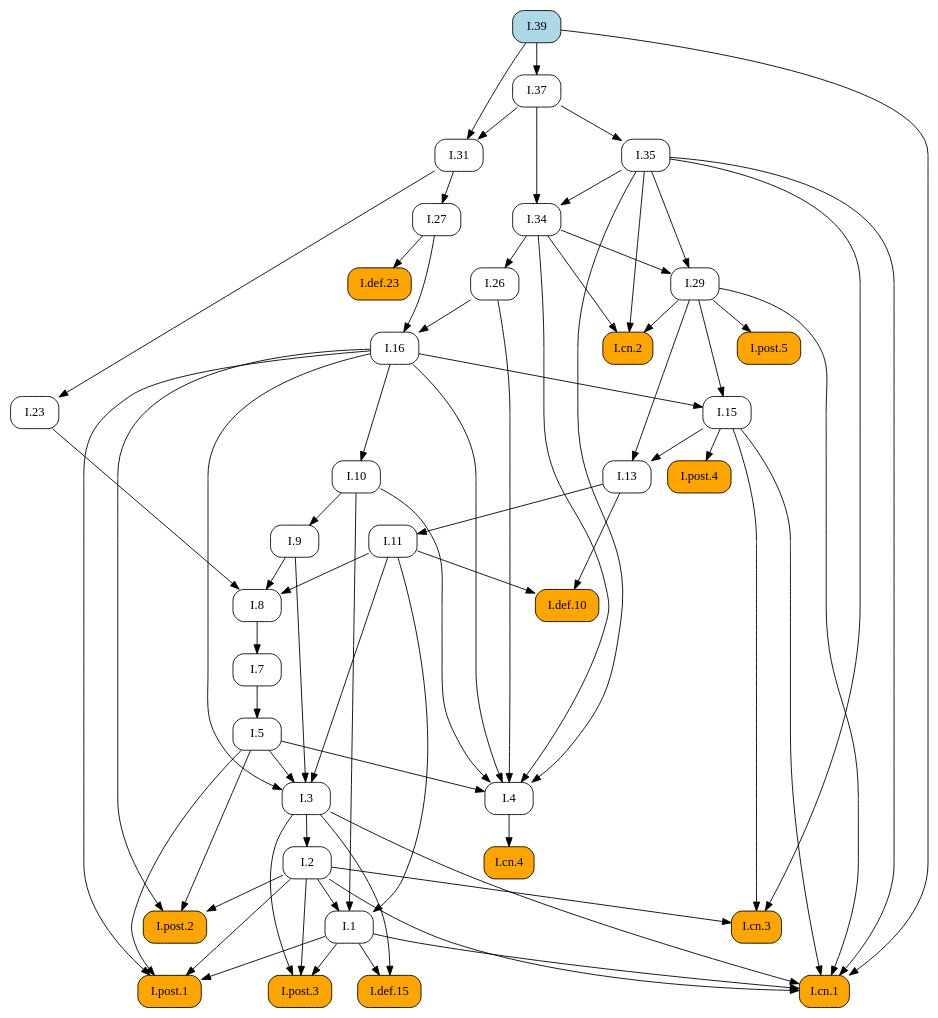
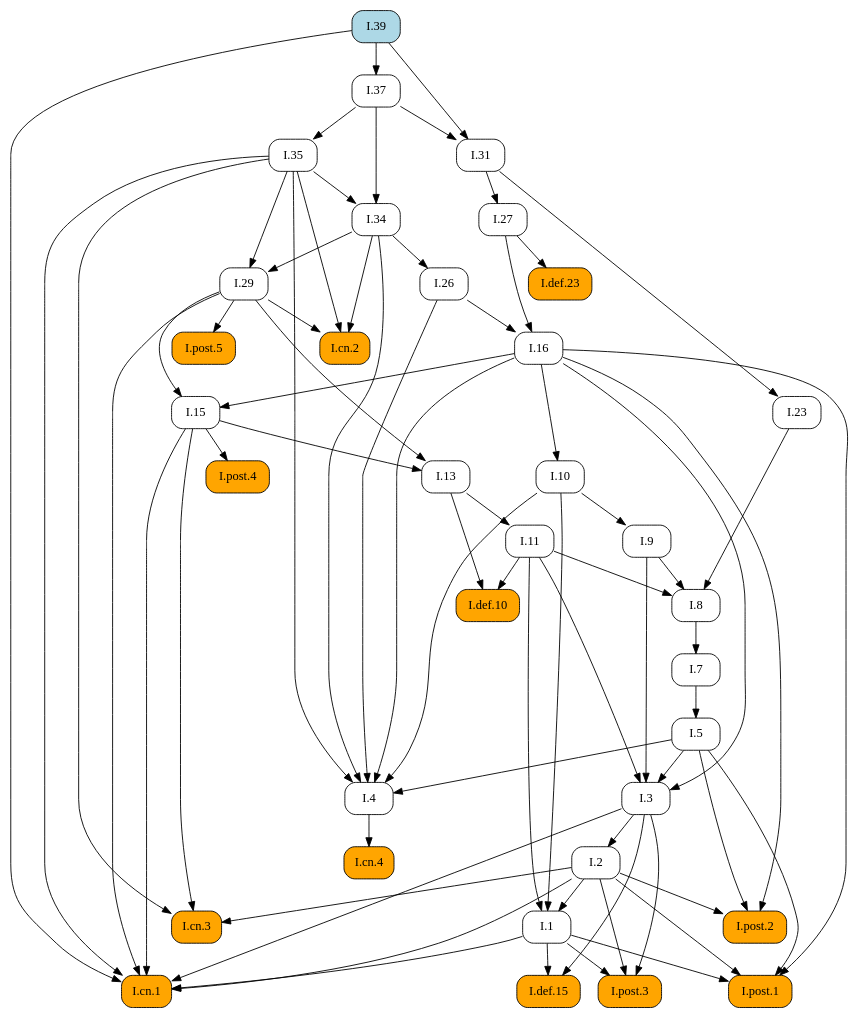
One commit to geometor/elements changed the diagram in docsrc/heath/I/39/index.rst. Above: the diagram before and after it, drawn with Graphviz. The commit also changed other lines of this file and 1029 other files, not shown here.

```diff
--- a/docsrc/heath/I/39/index.rst
+++ b/docsrc/heath/I/39/index.rst
@@ -65,102 +65,58 @@
    digraph {
      rankdir="TB";
      node [shape=box, style=rounded];
+     "I.def.10" [style="rounded,filled", fillcolor=orange, URL="/heath/I/def.10/", target="_top"];
+     "I.11" [URL="/heath/I/11/", target="_top"];
+     "I.post.4" [style="rounded,filled", fillcolor=orange, URL="/heath/I/post.4/", target="_top"];
+     "I.1" [URL="/heath/I/1/", target="_top"];
+     "I.39" [style="rounded,filled", fillcolor=lightblue, URL="/heath/I/39/", target="_top"];
+     "I.26" [URL="/heath/I/26/", target="_top"];
+     "I.29" [URL="/heath/I/29/", target="_top"];
+     "I.cn.2" [style="rounded,filled", fillcolor=orange, URL="/heath/I/cn.2/", target="_top"];
+     "I.def.15" [style="rounded,filled", fillcolor=orange, URL="/heath/I/def.15/", target="_top"];
+     "I.post.3" [style="rounded,filled", fillcolor=orange, URL="/heath/I/post.3/", target="_top"];
+     "I.cn.1" [style="rounded,filled", fillcolor=orange, URL="/heath/I/cn.1/", target="_top"];
      "I.cn.3" [style="rounded,filled", fillcolor=orange, URL="/heath/I/cn.3/", target="_top"];
-     "I.29" [URL="/heath/I/29/", target="_top"];
+     "I.23" [URL="/heath/I/23/", target="_top"];
+     "I.post.1" [style="rounded,filled", fillcolor=orange, URL="/heath/I/post.1/", target="_top"];
+     "I.35" [URL="/heath/I/35/", target="_top"];
+     "I.27" [URL="/heath/I/27/", target="_top"];
+     "I.37" [URL="/heath/I/37/", target="_top"];
+     "I.34" [URL="/heath/I/34/", target="_top"];
      "I.7" [URL="/heath/I/7/", target="_top"];
-     "I.27" [URL="/heath/I/27/", target="_top"];
+     "I.3" [URL="/heath/I/3/", target="_top"];
+     "I.2" [URL="/heath/I/2/", target="_top"];
      "I.def.23" [style="rounded,filled", fillcolor=orange, URL="/heath/I/def.23/", target="_top"];
-     "I.34" [URL="/heath/I/34/", target="_top"];
+     "I.4" [URL="/heath/I/4/", target="_top"];
+     "I.13" [URL="/heath/I/13/", target="_top"];
+     "I.31" [URL="/heath/I/31/", target="_top"];
+     "I.post.2" [style="rounded,filled", fillcolor=orange, URL="/heath/I/post.2/", target="_top"];
+     "I.16" [URL="/heath/I/16/", target="_top"];
+     "I.9" [URL="/heath/I/9/", target="_top"];
      "I.8" [URL="/heath/I/8/", target="_top"];
-     "I.9" [URL="/heath/I/9/", target="_top"];
-     "I.post.4" [style="rounded,filled", fillcolor=orange, URL="/heath/I/post.4/", target="_top"];
-     "I.2" [URL="/heath/I/2/", target="_top"];
-     "I.def.15" [style="rounded,filled", fillcolor=orange, URL="/heath/I/def.15/", target="_top"];
-     "I.1" [URL="/heath/I/1/", target="_top"];
-     "I.post.1" [style="rounded,filled", fillcolor=orange, URL="/heath/I/post.1/", target="_top"];
      "I.cn.4" [style="rounded,filled", fillcolor=orange, URL="/heath/I/cn.4/", target="_top"];
-     "I.26" [URL="/heath/I/26/", target="_top"];
-     "I.39" [style="rounded,filled", fillcolor=lightblue, URL="/heath/I/39/", target="_top"];
-     "I.23" [URL="/heath/I/23/", target="_top"];
-     "I.13" [URL="/heath/I/13/", target="_top"];
-     "I.cn.2" [style="rounded,filled", fillcolor=orange, URL="/heath/I/cn.2/", target="_top"];
+     "I.15" [URL="/heath/I/15/", target="_top"];
+     "I.post.5" [style="rounded,filled", fillcolor=orange, URL="/heath/I/post.5/", target="_top"];
+     "I.10" [URL="/heath/I/10/", target="_top"];
      "I.5" [URL="/heath/I/5/", target="_top"];
-     "I.11" [URL="/heath/I/11/", target="_top"];
-     "I.10" [URL="/heath/I/10/", target="_top"];
-     "I.4" [URL="/heath/I/4/", target="_top"];
-     "I.3" [URL="/heath/I/3/", target="_top"];
-     "I.16" [URL="/heath/I/16/", target="_top"];
-     "I.31" [URL="/heath/I/31/", target="_top"];
-     "I.def.10" [style="rounded,filled", fillcolor=orange, URL="/heath/I/def.10/", target="_top"];
-     "I.post.2" [style="rounded,filled", fillcolor=orange, URL="/heath/I/post.2/", target="_top"];
-     "I.post.3" [style="rounded,filled", fillcolor=orange, URL="/heath/I/post.3/", target="_top"];
-     "I.post.5" [style="rounded,filled", fillcolor=orange, URL="/heath/I/post.5/", target="_top"];
-     "I.35" [URL="/heath/I/35/", target="_top"];
-     "I.15" [URL="/heath/I/15/", target="_top"];
-     "I.cn.1" [style="rounded,filled", fillcolor=orange, URL="/heath/I/cn.1/", target="_top"];
-     "I.37" [URL="/heath/I/37/", target="_top"];
-     "I.2" -> "I.cn.3";
-     "I.15" -> "I.cn.3";
-     "I.35" -> "I.cn.3";
-     "I.34" -> "I.29";
-     "I.35" -> "I.29";
-     "I.8" -> "I.7";
-     "I.31" -> "I.27";
-     "I.27" -> "I.def.23";
-     "I.35" -> "I.34";
-     "I.37" -> "I.34";
-     "I.9" -> "I.8";
-     "I.11" -> "I.8";
-     "I.23" -> "I.8";
-     "I.10" -> "I.9";
+     "I.11" -> "I.def.10";
+     "I.13" -> "I.def.10";
+     "I.13" -> "I.11";
      "I.15" -> "I.post.4";
-     "I.3" -> "I.2";
-     "I.1" -> "I.def.15";
-     "I.3" -> "I.def.15";
      "I.2" -> "I.1";
      "I.10" -> "I.1";
      "I.11" -> "I.1";
-     "I.1" -> "I.post.1";
-     "I.2" -> "I.post.1";
-     "I.5" -> "I.post.1";
-     "I.16" -> "I.post.1";
-     "I.4" -> "I.cn.4";
      "I.34" -> "I.26";
-     "I.31" -> "I.23";
-     "I.15" -> "I.13";
-     "I.29" -> "I.13";
+     "I.34" -> "I.29";
+     "I.35" -> "I.29";
      "I.29" -> "I.cn.2";
      "I.34" -> "I.cn.2";
      "I.35" -> "I.cn.2";
-     "I.7" -> "I.5";
-     "I.13" -> "I.11";
-     "I.16" -> "I.10";
-     "I.5" -> "I.4";
-     "I.10" -> "I.4";
-     "I.16" -> "I.4";
-     "I.26" -> "I.4";
-     "I.34" -> "I.4";
-     "I.35" -> "I.4";
-     "I.5" -> "I.3";
-     "I.9" -> "I.3";
-     "I.11" -> "I.3";
-     "I.16" -> "I.3";
-     "I.26" -> "I.16";
-     "I.27" -> "I.16";
-     "I.37" -> "I.31";
-     "I.39" -> "I.31";
-     "I.11" -> "I.def.10";
-     "I.13" -> "I.def.10";
-     "I.2" -> "I.post.2";
-     "I.5" -> "I.post.2";
-     "I.16" -> "I.post.2";
+     "I.1" -> "I.def.15";
+     "I.3" -> "I.def.15";
      "I.1" -> "I.post.3";
      "I.2" -> "I.post.3";
      "I.3" -> "I.post.3";
-     "I.29" -> "I.post.5";
-     "I.37" -> "I.35";
-     "I.16" -> "I.15";
-     "I.29" -> "I.15";
      "I.1" -> "I.cn.1";
      "I.2" -> "I.cn.1";
      "I.3" -> "I.cn.1";
@@ -168,5 +124,49 @@
      "I.29" -> "I.cn.1";
      "I.35" -> "I.cn.1";
      "I.39" -> "I.cn.1";
+     "I.2" -> "I.cn.3";
+     "I.15" -> "I.cn.3";
+     "I.35" -> "I.cn.3";
+     "I.31" -> "I.23";
+     "I.1" -> "I.post.1";
+     "I.2" -> "I.post.1";
+     "I.5" -> "I.post.1";
+     "I.16" -> "I.post.1";
+     "I.37" -> "I.35";
+     "I.31" -> "I.27";
      "I.39" -> "I.37";
+     "I.35" -> "I.34";
+     "I.37" -> "I.34";
+     "I.8" -> "I.7";
+     "I.5" -> "I.3";
+     "I.9" -> "I.3";
+     "I.11" -> "I.3";
+     "I.16" -> "I.3";
+     "I.3" -> "I.2";
+     "I.27" -> "I.def.23";
+     "I.5" -> "I.4";
+     "I.10" -> "I.4";
+     "I.16" -> "I.4";
+     "I.26" -> "I.4";
+     "I.34" -> "I.4";
+     "I.35" -> "I.4";
+     "I.15" -> "I.13";
+     "I.29" -> "I.13";
+     "I.37" -> "I.31";
+     "I.39" -> "I.31";
+     "I.2" -> "I.post.2";
+     "I.5" -> "I.post.2";
+     "I.16" -> "I.post.2";
+     "I.26" -> "I.16";
+     "I.27" -> "I.16";
+     "I.10" -> "I.9";
+     "I.9" -> "I.8";
+     "I.11" -> "I.8";
+     "I.23" -> "I.8";
+     "I.4" -> "I.cn.4";
+     "I.16" -> "I.15";
+     "I.29" -> "I.15";
+     "I.29" -> "I.post.5";
+     "I.16" -> "I.10";
+     "I.7" -> "I.5";
    }
```
